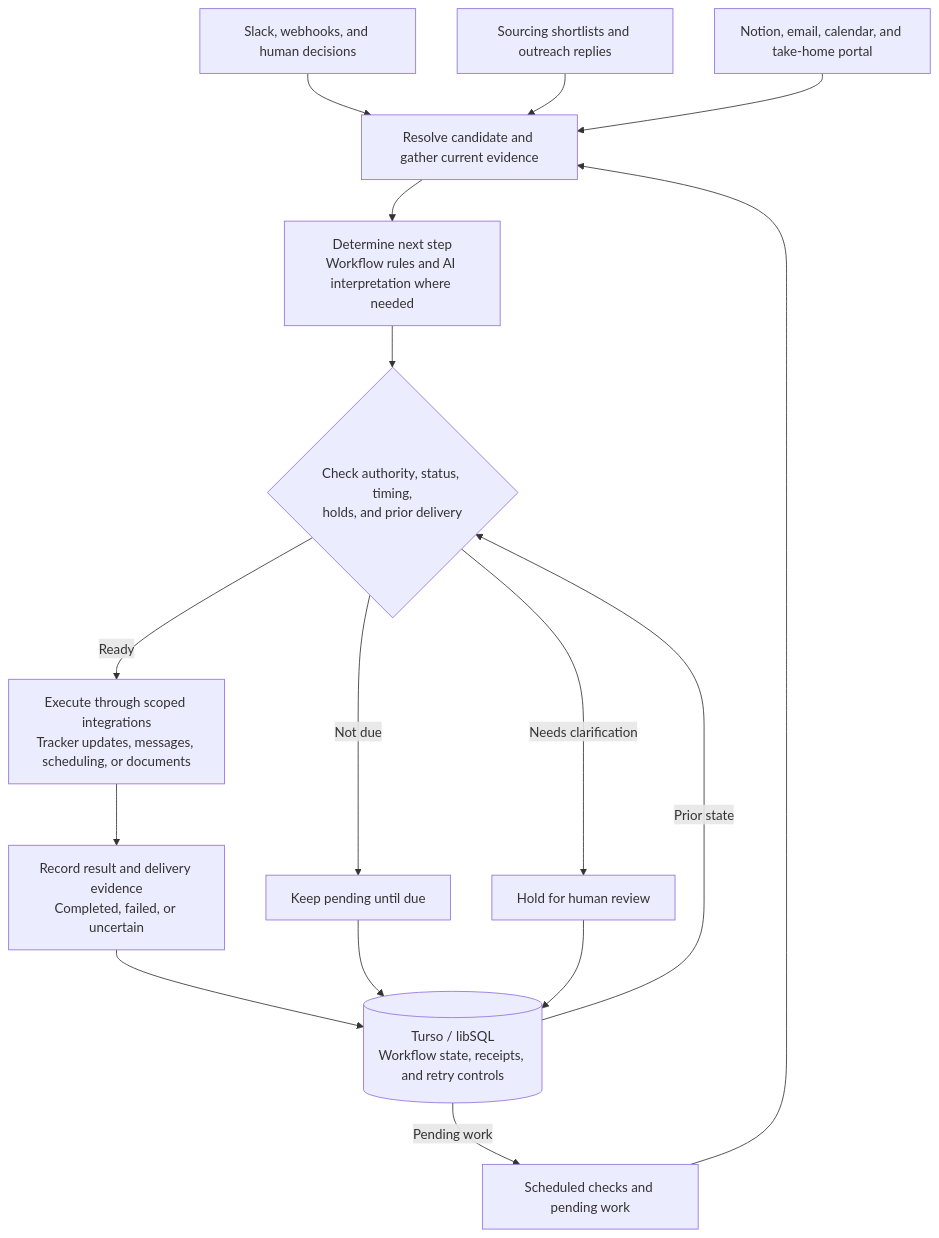
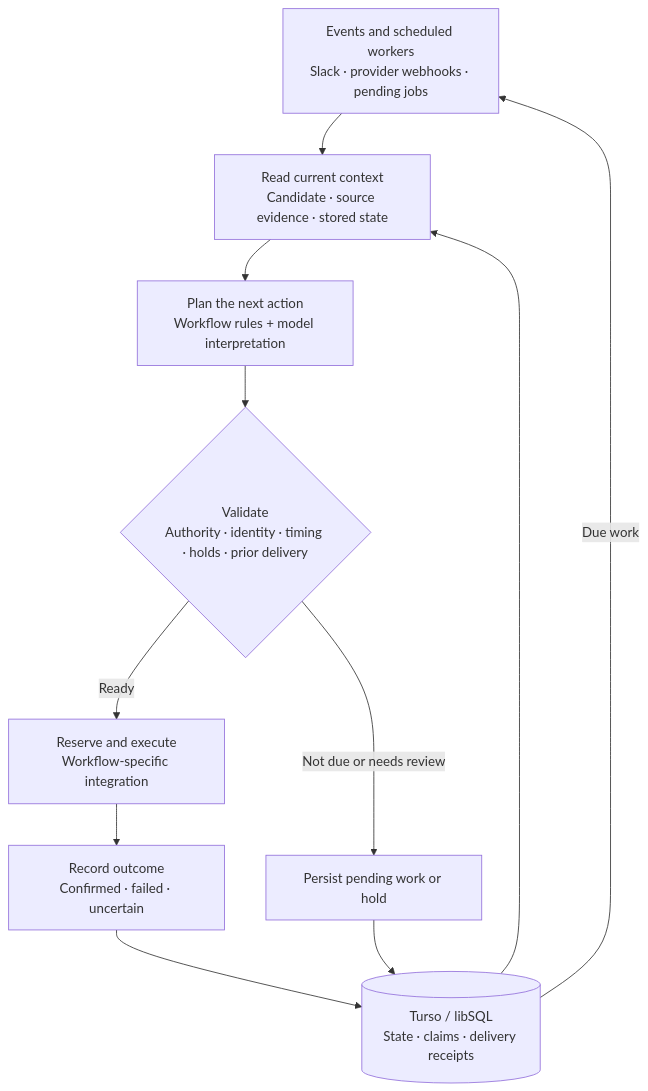
Before and after one commit to mbosborn/uncle-sam: the second of 2 diagrams in README.md, drawn with Mermaid. The commit also changed other lines of this file, not shown here.

Commit message:
Restructure README around recruiting flow and engineering design

````diff
--- a/README.md
+++ b/README.md
@@ -76,19 +79,13 @@
 ```mermaid
 flowchart TD
-  S["Slack, webhooks, and human decisions"] --> C
-  O["Sourcing shortlists and outreach replies"] --> C
-  T["Scheduled checks and pending work"] --> C
-  C["Resolve candidate and gather current evidence"]
-  N["Notion, email, calendar, and take-home portal"] --> C
-  C --> P["Determine next step<br/>Workflow rules and AI interpretation where needed"]
-  P --> V{"Check authority, status, timing,<br/>holds, and prior delivery"}
-  V -->|Ready| A["Execute through scoped integrations<br/>Tracker updates, messages, scheduling, or documents"]
-  V -->|Not due| W["Keep pending until due"]
-  V -->|Needs clarification| H["Hold for human review"]
-  A --> R["Record result and delivery evidence<br/>Completed, failed, or uncertain"]
-  R --> D[("Turso / libSQL<br/>Workflow state, receipts, and retry controls")]
-  W --> D
-  H --> D
-  D -->|Prior state| V
-  D -->|Pending work| T
+  E["Events and scheduled workers<br/>Slack · provider webhooks · pending jobs"] --> C["Read current context<br/>Candidate · source evidence · stored state"]
+  C --> P["Plan the next action<br/>Workflow rules + model interpretation"]
+  P --> G{"Validate<br/>Authority · identity · timing · holds · prior delivery"}
+  G -->|Ready| X["Reserve and execute<br/>Workflow-specific integration"]
+  G -->|Not due or needs review| H["Persist pending work or hold"]
+  X --> R["Record outcome<br/>Confirmed · failed · uncertain"]
+  R --> DB[("Turso / libSQL<br/>State · claims · delivery receipts")]
+  H --> DB
+  DB --> C
+  DB -->|Due work| E
 ```
````
